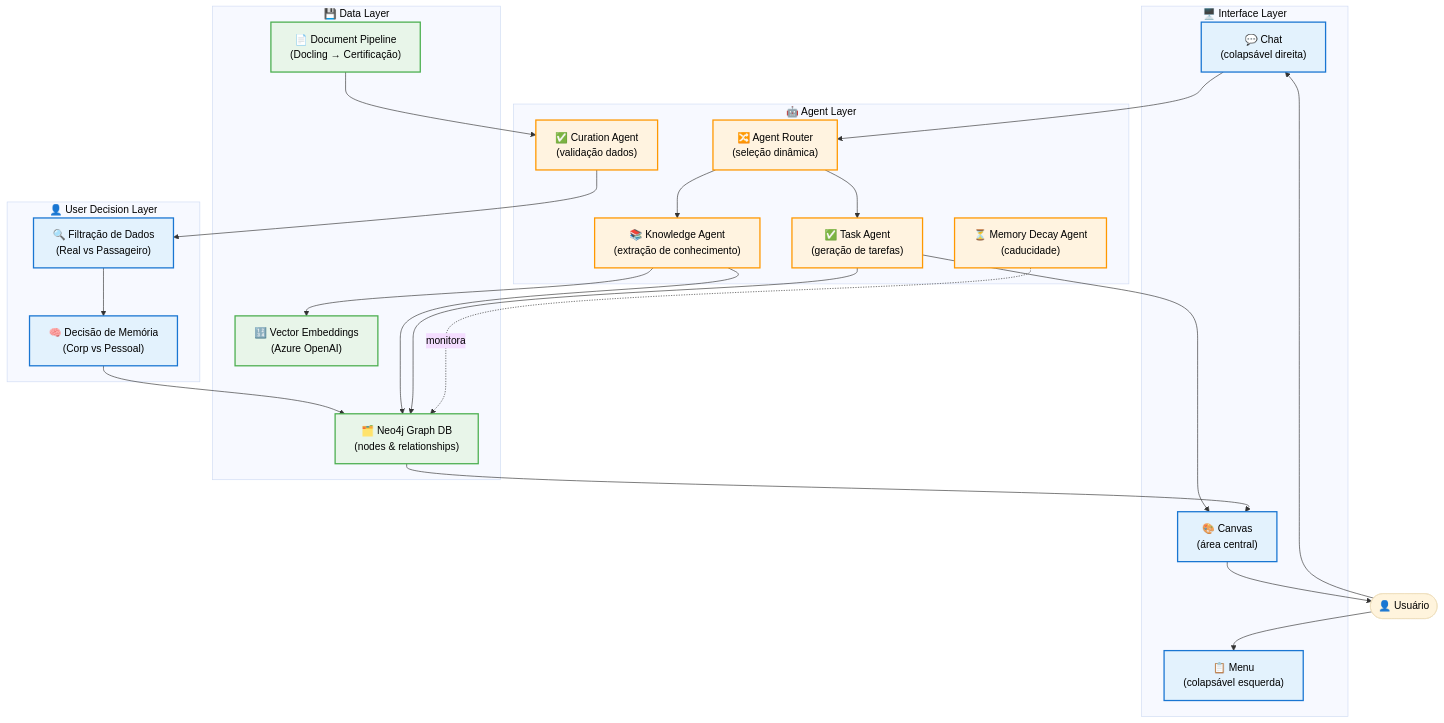
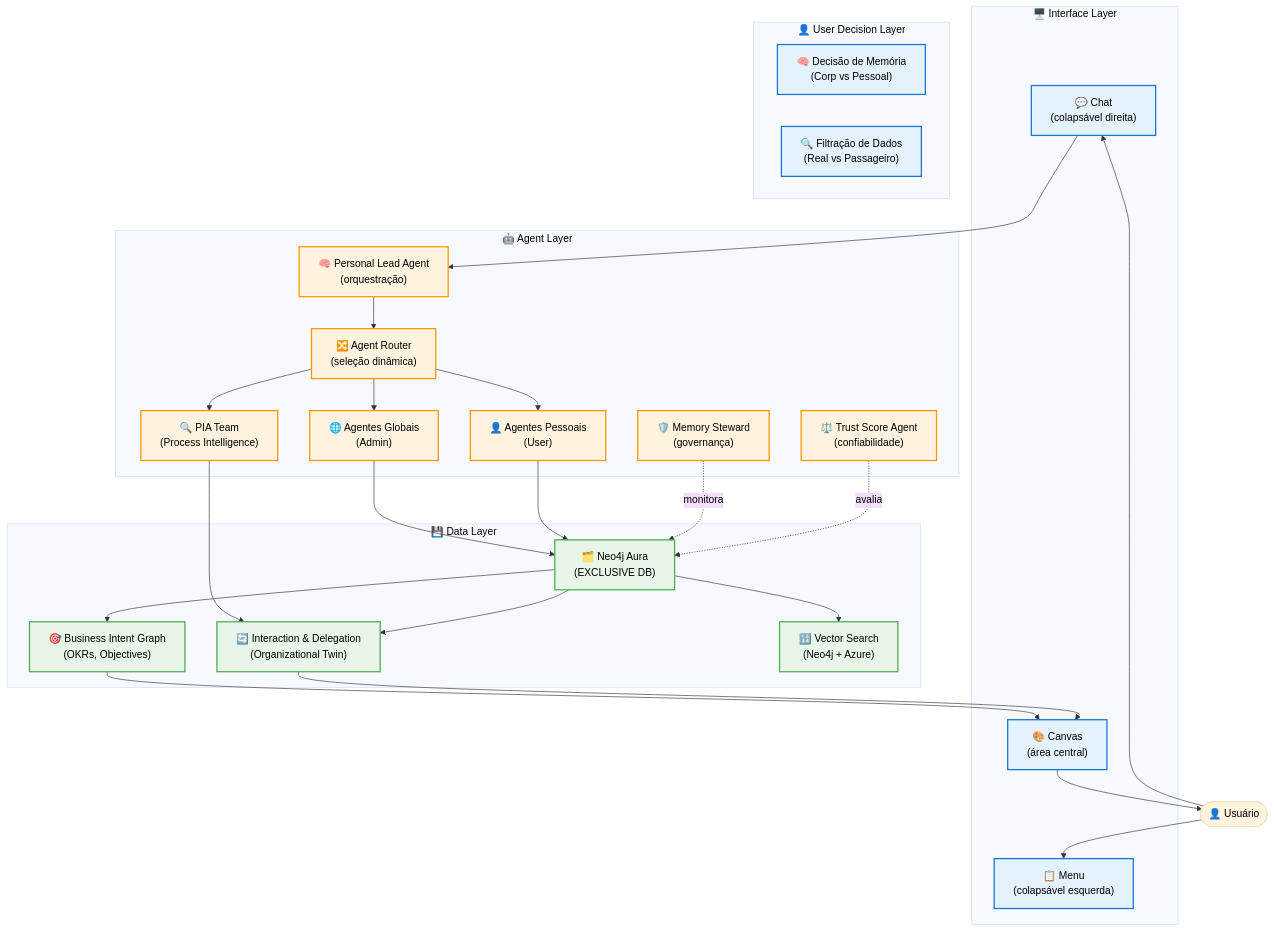
Before and after one commit to Trindade11/Teste: the first of 6 diagrams in EKS/project-context/project-overview.md, drawn with Mermaid. The commit also changed other lines of this file and 129 other files, not shown here.

````diff
--- a/EKS/project-context/project-overview.md
+++ b/EKS/project-context/project-overview.md
@@ -13,59 +13,64 @@
 ```mermaid
 %%{init: {'theme': 'base', 'themeVariables': { 'primaryTextColor': '#000', 'secondaryTextColor': '#000', 'tertiaryTextColor': '#000', 'lineColor': '#333'}}}%%
 flowchart TD
     subgraph UI["🖥️ Interface Layer"]
         Chat["💬 Chat<br/>(colapsável direita)"]
         Canvas["🎨 Canvas<br/>(área central)"]
         Menu["📋 Menu<br/>(colapsável esquerda)"]
     end
     
     subgraph Processing["🤖 Agent Layer"]
+        PLA["🧠 Personal Lead Agent<br/>(orquestração)"]
         Router["🔀 Agent Router<br/>(seleção dinâmica)"]
-        KnowledgeAgent["📚 Knowledge Agent<br/>(extração de conhecimento)"]
-        TaskAgent["✅ Task Agent<br/>(geração de tarefas)"]
-        CurationAgent["✅ Curation Agent<br/>(validação dados)"]
-        MemoryDecay["⏳ Memory Decay Agent<br/>(caducidade)"]
+        GlobalAgents["🌐 Agentes Globais<br/>(Admin)"]
+        PersonalAgents["👤 Agentes Pessoais<br/>(User)"]
+        PIATeam["🔍 PIA Team<br/>(Process Intelligence)"]
+        MemorySteward["🛡️ Memory Steward<br/>(governança)"]
+        TrustAgent["⚖️ Trust Score Agent<br/>(confiabilidade)"]
     end
     
     subgraph Decision["👤 User Decision Layer"]
         MemDecision["🧠 Decisão de Memória<br/>(Corp vs Pessoal)"]
         DataFilter["🔍 Filtração de Dados<br/>(Real vs Passageiro)"]
     end
     
     subgraph Storage["💾 Data Layer"]
-        Neo4j["🗂️ Neo4j Graph DB<br/>(nodes & relationships)"]
-        Docs["📄 Document Pipeline<br/>(Docling → Certificação)"]
-        Embeddings["🔢 Vector Embeddings<br/>(Azure OpenAI)"]
+        Neo4j["🗂️ Neo4j Aura<br/>(EXCLUSIVE DB)"]
+        BIG["🎯 Business Intent Graph<br/>(OKRs, Objectives)"]
+        IDG["🔄 Interaction & Delegation<br/>(Organizational Twin)"]
+        Embeddings["🔢 Vector Search<br/>(Neo4j + Azure)"]
     end
     
     User([👤 Usuário]) --> Chat
     User --> Menu
     
-    Chat --> Router
-    Router --> KnowledgeAgent
-    Router --> TaskAgent
+    Chat --> PLA
+    PLA --> Router
+    Router --> GlobalAgents
+    Router --> PersonalAgents
+    Router --> PIATeam
     
-    Docs --> CurationAgent
-    CurationAgent --> DataFilter
-    DataFilter --> MemDecision
-    MemDecision --> Neo4j
+    GlobalAgents --> Neo4j
+    PersonalAgents --> Neo4j
+    PIATeam --> IDG
     
-    KnowledgeAgent --> Neo4j
-    TaskAgent --> Neo4j
-    TaskAgent --> Canvas
+    MemorySteward -.->|monitora| Neo4j
+    TrustAgent -.->|avalia| Neo4j
     
-    KnowledgeAgent --> Embeddings
-    MemoryDecay -.->|monitora| Neo4j
+    Neo4j --> BIG
+    Neo4j --> IDG
+    Neo4j --> Embeddings
     
-    Neo4j --> Canvas
+    BIG --> Canvas
+    IDG --> Canvas
     Canvas --> User
     
     classDef uiStyle fill:#e3f2fd,stroke:#1976d2,stroke-width:2px,color:#000
     classDef agentStyle fill:#fff3e0,stroke:#ff9800,stroke-width:2px,color:#000
     classDef dataStyle fill:#e8f5e9,stroke:#4caf50,stroke-width:2px,color:#000
     
     class Chat,Canvas,Menu uiStyle
-    class Router,KnowledgeAgent,TaskAgent,CurationAgent,MemoryDecay agentStyle
-    class Neo4j,Docs,Embeddings dataStyle
+    class PLA,Router,GlobalAgents,PersonalAgents,PIATeam,MemorySteward,TrustAgent agentStyle
+    class Neo4j,BIG,IDG,Embeddings dataStyle
     class MemDecision,DataFilter uiStyle
 ```
````
